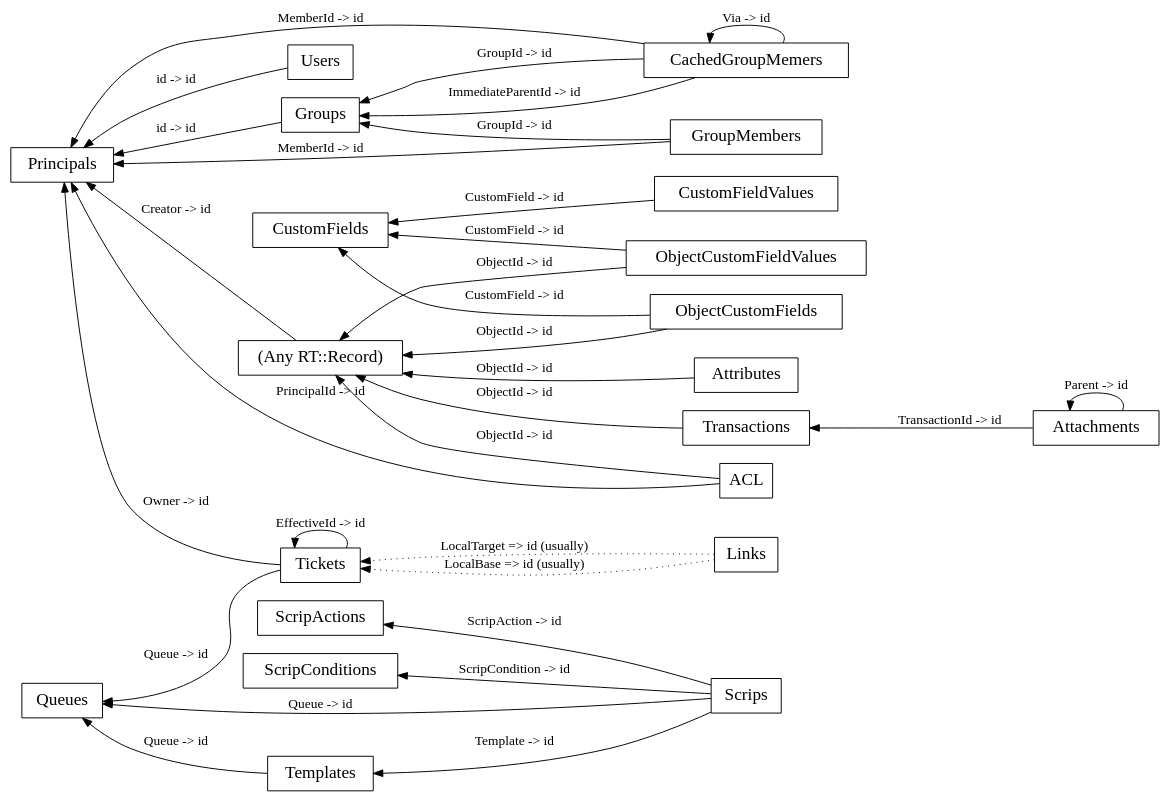
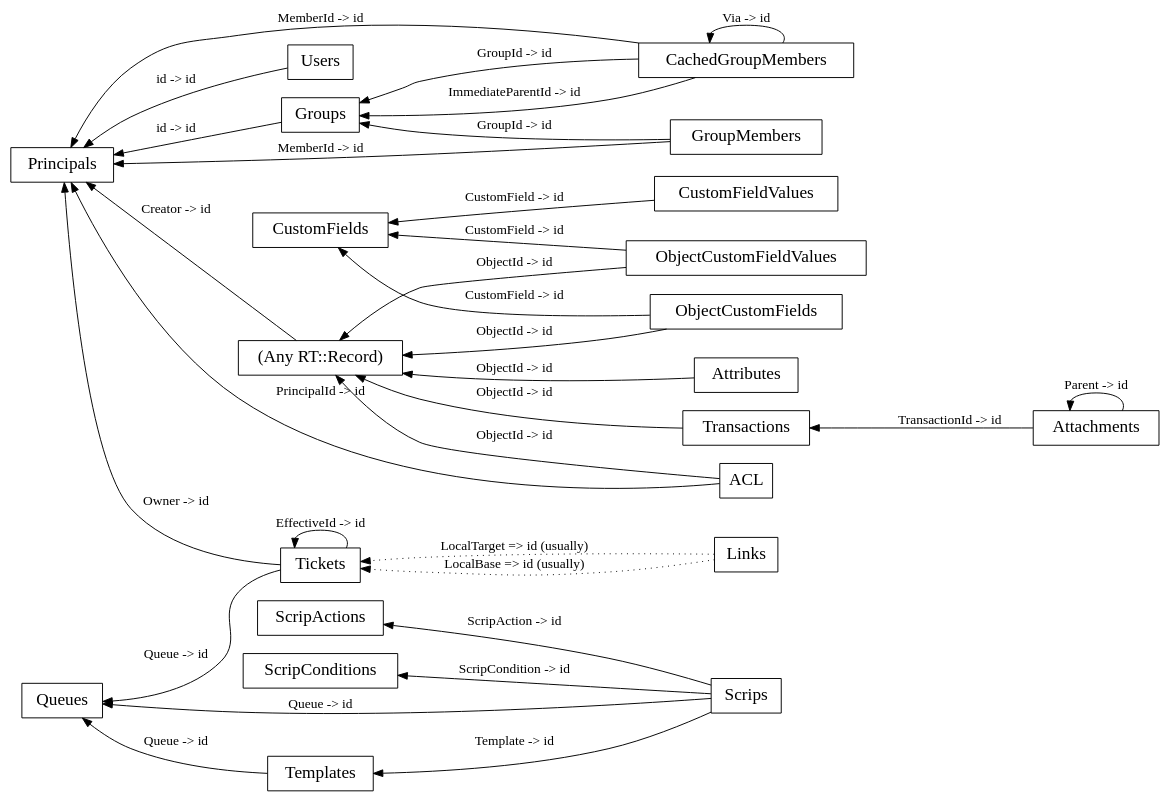
Before and after one commit to bestpractical/rt: the diagram in docs/schema.dot, drawn with Graphviz.

Commit message:
fix a typo in CGM

```diff
--- a/docs/schema.dot
+++ b/docs/schema.dot
@@ -1,99 +1,99 @@
 digraph g {
 graph [
 rankdir = "RL",
  concentrate = true,
 ratio = auto
 ];
 node [
 fontsize = "18",
 shape = record, fontsize = 18
 ];
 edge [
 ];
 
 "Records" [shape = record, fontsize = 18, label = "(Any RT::Record)" ];
 "Records" -> "Principals" [label = "Creator -> id"];
 "ACL" [shape = record, fontsize = 18, label = "<col0> \N " ];
 "ACL" -> "Principals" [label="PrincipalId -> id"];
 "ACL" -> "Records" [label="ObjectId -> id"];
 
 "Attachments" [shape = record, fontsize = 18, label = "<col0> \N " ];
 "Attachments" -> "Transactions" [label="TransactionId -> id"];
 "Attachments" -> "Attachments" [label="Parent -> id"];
 
-"CachedGroupMemers" [shape = record, fontsize = 18, label = "<col0> \N " ];
-"CachedGroupMemers" -> "Groups" [label="GroupId -> id", weight=2];
-"CachedGroupMemers" -> "Principals" [label="MemberId -> id"];
-"CachedGroupMemers" -> "CachedGroupMemers" [label="Via -> id"];
-"CachedGroupMemers" -> "Groups" [label="ImmediateParentId -> id"];
+"CachedGroupMembers" [shape = record, fontsize = 18, label = "<col0> \N " ];
+"CachedGroupMembers" -> "Groups" [label="GroupId -> id", weight=2];
+"CachedGroupMembers" -> "Principals" [label="MemberId -> id"];
+"CachedGroupMembers" -> "CachedGroupMembers" [label="Via -> id"];
+"CachedGroupMembers" -> "Groups" [label="ImmediateParentId -> id"];
 
 "CustomFields" [shape = record, fontsize = 18, label = "<col0> \N " ];
 
 "CustomFieldValues" [shape = record, fontsize = 18, label = "<col0> \N " ];
 "CustomFieldValues" -> "CustomFields" [label="CustomField -> id"];
 
 "GroupMembers" [shape = record, fontsize = 18, label = "<col0> \N " ];
 "GroupMembers" -> "Groups" [label="GroupId -> id", weight=2];
 "GroupMembers" -> "Principals" [label="MemberId -> id", weight = 2];
 
 "Groups" [shape = record, fontsize = 18, label = "<col0> \N " ];
 "Groups" -> "Principals" [label="id -> id"];
 
 "Links" [shape = record, fontsize = 18, label = "<col0> \N " ];
 "Links" -> "Tickets" [label="LocalBase => id (usually)", style="dotted"];
 "Links" -> "Tickets" [label="LocalTarget => id (usually)", style="dotted"];
 
 "Principals" [shape = record, fontsize = 18, label = "<col0> \N " ];
 
 "Attributes" [shape = record, fontsize = 18, label = "<col0> \N " ];
 "Attributes" -> "Records" [label="ObjectId -> id"];
 
 "Queues" [shape = record, fontsize = 18, label = "<col0> \N " ];
 
 "ScripActions" [shape = record, fontsize = 18, label = "<col0> \N " ];
 
 "ScripConditions" [shape = record, fontsize = 18, label = "<col0> \N " ];
 
 "Scrips" [shape = record, fontsize = 18, label = "<col0> \N " ];
 "Scrips" -> "ScripConditions" [label="ScripCondition -> id"];
 "Scrips" -> "ScripActions" [label="ScripAction -> id"];
 "Scrips" -> "Templates" [label="Template -> id"];
 "Scrips" -> "Queues" [label="Queue -> id"];
 
 "Templates" [shape = record, fontsize = 18, label = "<col0> \N " ];
 "Templates" -> "Queues" [label ="Queue -> id" ];
 
 "ObjectCustomFields" [shape = record, fontsize = 18, label = "<col0> \N " ];
 "ObjectCustomFields" -> "CustomFields" [label="CustomField -> id"];
 "ObjectCustomFields" -> "Records" [label="ObjectId -> id"];
 
 "ObjectCustomFieldValues" [shape = record, fontsize = 18, label = "<col0> \N " ];
 "ObjectCustomFieldValues" -> "CustomFields" [label="CustomField -> id"];
 "ObjectCustomFieldValues" -> "Records" [label="ObjectId -> id"];
 
 "Tickets" [shape = record, fontsize = 18, label = "<col0> \N " ];
 "Tickets" -> "Tickets" [label="EffectiveId -> id"];
 "Tickets" -> "Principals" [label="Owner -> id"];
 "Queues" -> "Tickets" [style="invis"];
 "Tickets" -> "Queues" [label="Queue -> id"];
 
 "Transactions" [shape = record, fontsize = 18, label = "<col0> \N " ];
 "Transactions" -> "Records" [label="ObjectId -> id"];
 
 "Users" [shape = record, fontsize = 18, label = "<col0> \N " ];
 
 "Users" -> "Principals" [label="id -> id"];
 
 // "Classes" [shape = record, fontsize = 18 label = "<col0> \N " ];
 // "Articles" [shape = record, fontsize = 18 label = "<col0> \N " ];
 // "Articles" -> "Classes" [ label="Class -> id"];
 // "Articles" -> "Articles" [ label="Parent -> id"];
 // "ObjectClasses" [shape = record, fontsize = 18 label = "<col0> \N " ];
 // "ObjectClasses" -> "Records" [label="ObjectId -> id"];
 // "ObjectClasses" -> "Classes" [label="Class -> id"];
 // "Topics" [shape = record, fontsize = 18 label = "<col0> \N " ];
 // "ObjectTopics" [shape = record, fontsize = 18 label = "<col0> \N " ];
 // "ObjectTopics" -> "Records" [label="ObjectId -> id"];
 // "ObjectTopics" -> "Topics" [label="Topic -> id"];
 
 }
```
